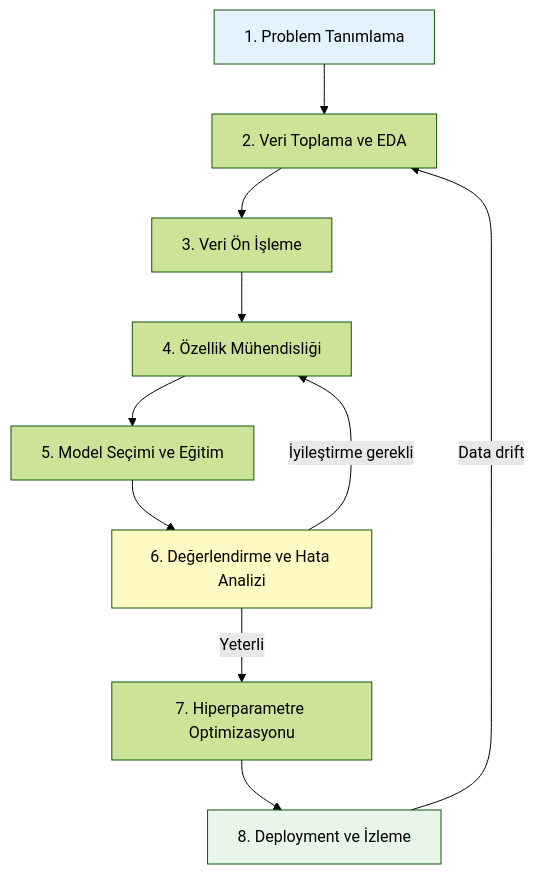
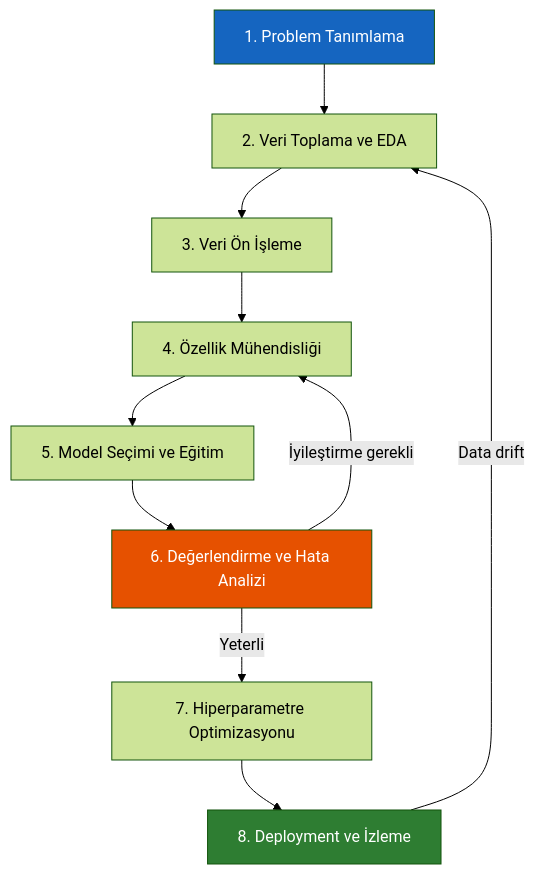
The first of 5 diagrams in tech_notebook/docs/md/ai/machine_learning_workflow.md (serkanMzlm/EngineeringHub), drawn with Mermaid (forest theme) before and after one commit. The commit also changed other lines of this file and 7 other files, not shown here.

````diff
--- a/tech_notebook/docs/md/ai/machine_learning_workflow.md
+++ b/tech_notebook/docs/md/ai/machine_learning_workflow.md
@@ -6,16 +6,16 @@
 ```mermaid
 graph TD
     PROB[1. Problem Tanımlama] --> DATA[2. Veri Toplama ve EDA]
     DATA --> PREP[3. Veri Ön İşleme]
     PREP --> FEAT[4. Özellik Mühendisliği]
     FEAT --> MODEL[5. Model Seçimi ve Eğitim]
     MODEL --> EVAL[6. Değerlendirme ve Hata Analizi]
     EVAL -->|İyileştirme gerekli| FEAT
     EVAL -->|Yeterli| TUNE[7. Hiperparametre Optimizasyonu]
     TUNE --> DEPLOY[8. Deployment ve İzleme]
     DEPLOY -->|Data drift| DATA
 
-    style PROB fill:#E3F2FD
-    style EVAL fill:#FFF9C4
-    style DEPLOY fill:#E8F5E9
+    style PROB fill:#1565C0,color:#fff
+    style EVAL fill:#E65100,color:#fff
+    style DEPLOY fill:#2E7D32,color:#fff
 ```
````
